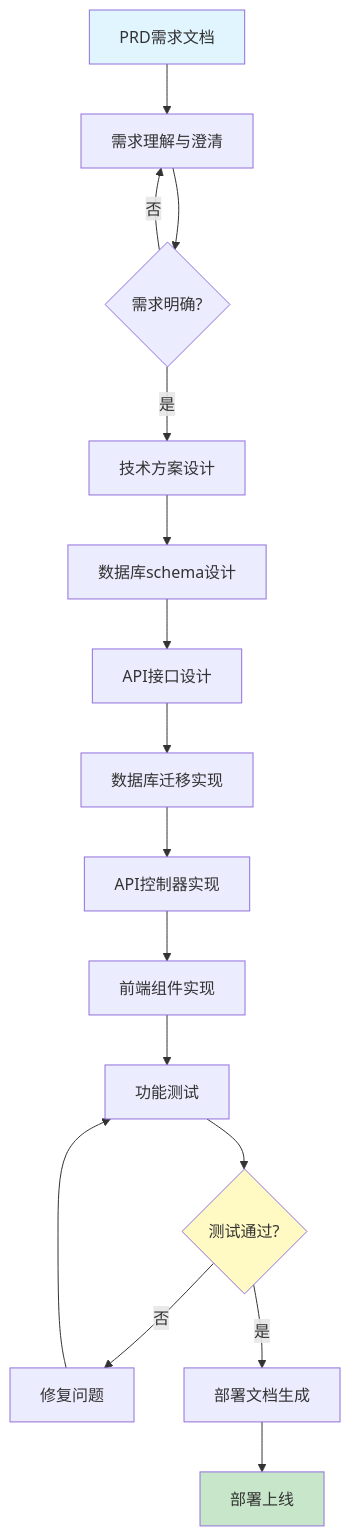
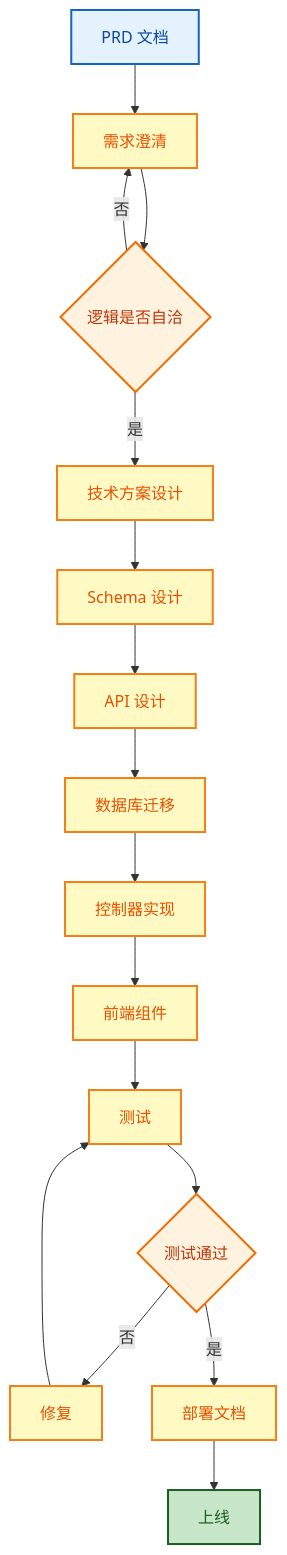
One commit to microwind/ai-skills changed the fifth of 13 diagrams in docs/claude/ClaudeCode实战指南.md. Above: the diagram before and after it, drawn with Mermaid. The commit also changed other lines of this file and 32 other files, not shown here.

````diff
--- a/docs/claude/ClaudeCode实战指南.md
+++ b/docs/claude/ClaudeCode实战指南.md
@@ -512,22 +500,27 @@
 ```mermaid
 flowchart TD
-    A[PRD需求文档] --> B[需求理解与澄清]
-    B --> C{需求明确?}
+    A[PRD 文档] --> B[需求澄清]
+    B --> C{逻辑是否自洽}
     C -->|否| B
     C -->|是| D[技术方案设计]
-    D --> E[数据库schema设计]
-    E --> F[API接口设计]
-    F --> G[数据库迁移实现]
-    G --> H[API控制器实现]
-    H --> I[前端组件实现]
-    I --> J[功能测试]
-    J --> K{测试通过?}
-    K -->|否| L[修复问题]
+    D --> E[Schema 设计]
+    E --> F[API 设计]
+    F --> G[数据库迁移]
+    G --> H[控制器实现]
+    H --> I[前端组件]
+    I --> J[测试]
+    J --> K{测试通过}
+    K -->|否| L[修复]
     L --> J
-    K -->|是| M[部署文档生成]
-    M --> N[部署上线]
-    
-    style A fill:#e1f5ff
-    style N fill:#c8e6c9
-    style K fill:#fff9c4
+    K -->|是| M[部署文档]
+    M --> N[上线]
+
+    classDef start fill:#e3f2fd,stroke:#1565c0,stroke-width:2px,color:#0d47a1;
+    classDef proc fill:#fff9c4,stroke:#f57f17,stroke-width:2px,color:#e65100;
+    classDef dec fill:#fff3e0,stroke:#ef6c00,stroke-width:2px,color:#bf360c;
+    classDef done fill:#c8e6c9,stroke:#1b5e20,stroke-width:2px,color:#1b5e20;
+    class A start;
+    class B,D,E,F,G,H,I,J,L,M proc;
+    class C,K dec;
+    class N done;
 ```
````
